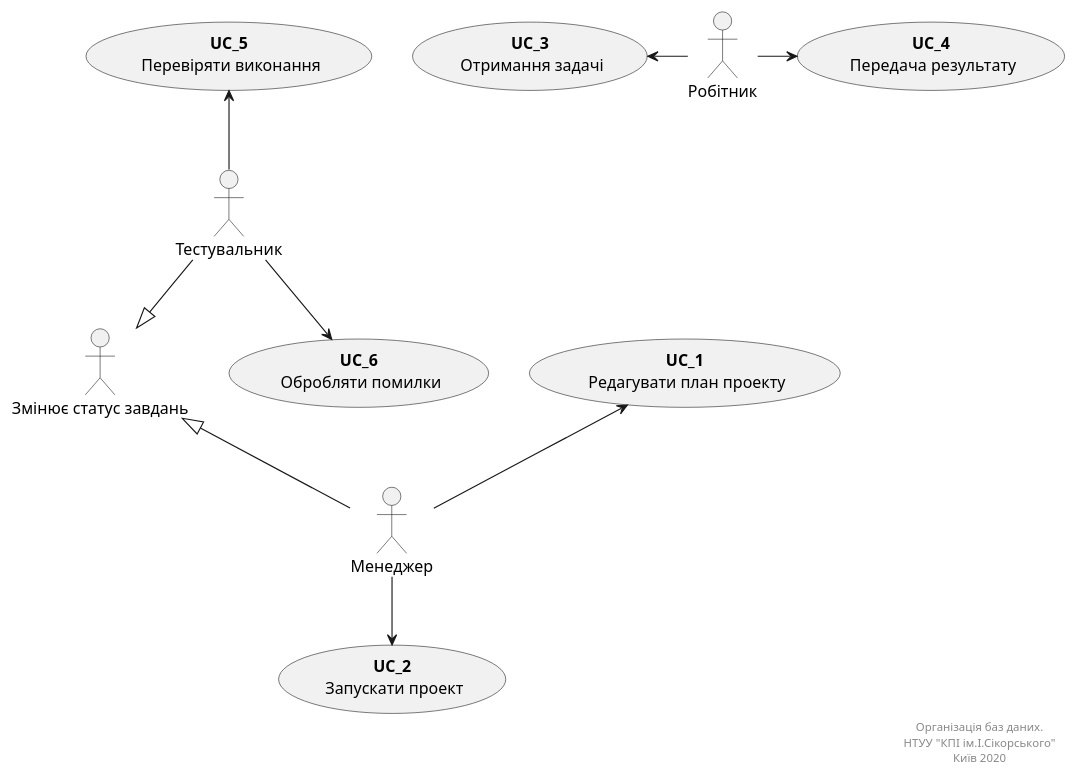
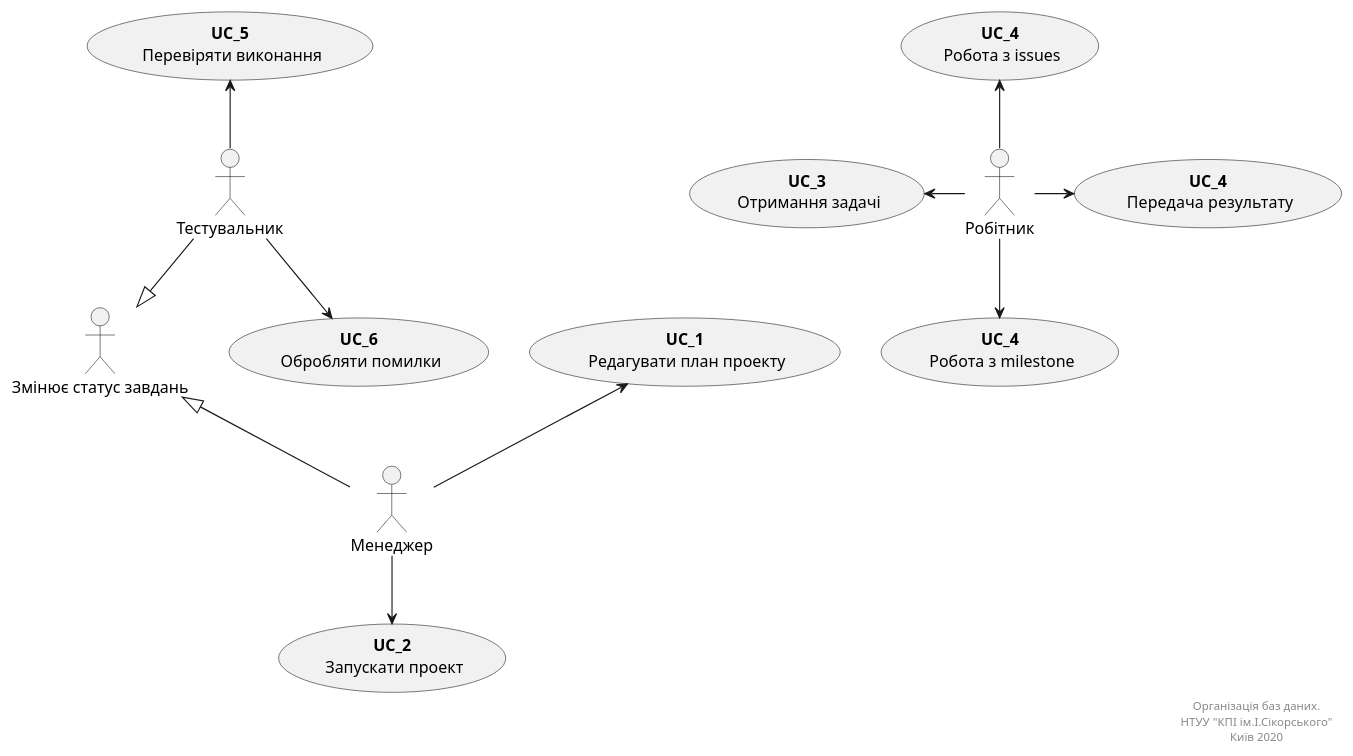
The diagram in src/uml/UC_8.puml (TauruSSilver9029/OBD), drawn with PlantUML before and after one commit.

```diff
--- a/src/uml/UC_8.puml
+++ b/src/uml/UC_8.puml
@@ -1,35 +1,38 @@
 @startuml
-
 actor "Робітник" as Worker
 actor "Менеджер" as Manager
 actor "Тестувальник" as QA
 actor "Змінює статус завдань" as red
 
 usecase "<b>UC_1</b>\n Редагувати план проекту" as UC_1
 usecase "<b>UC_2</b>\n Запускати проект" as UC_2
 usecase "<b>UC_3</b>\n Отримання задачі" as UC_3
 usecase "<b>UC_4</b>\n Передача результату" as UC_4
+usecase "<b>UC_4</b>\n Робота з milestone" as UC_8
+usecase "<b>UC_4</b>\n Робота з issues" as UC_9
 usecase "<b>UC_5</b>\n Перевіряти виконання" as UC_5
 usecase "<b>UC_6</b>\n Обробляти помилки" as UC_6
 
 
 
 
 Manager -d-> UC_2
 Manager -u-> UC_1
 Manager -u-|> red
 
 Worker -l-> UC_3
 Worker -r-> UC_4
+Worker -d-> UC_8
+Worker -u-> UC_9
 
 QA -u-> UC_5
 QA -d-> UC_6
 QA -d-|> red
 
 
 right footer
 Організація баз даних.
 НТУУ "КПІ ім.І.Сікорського"
 Київ 2020 
 end footer
 @enduml
```
